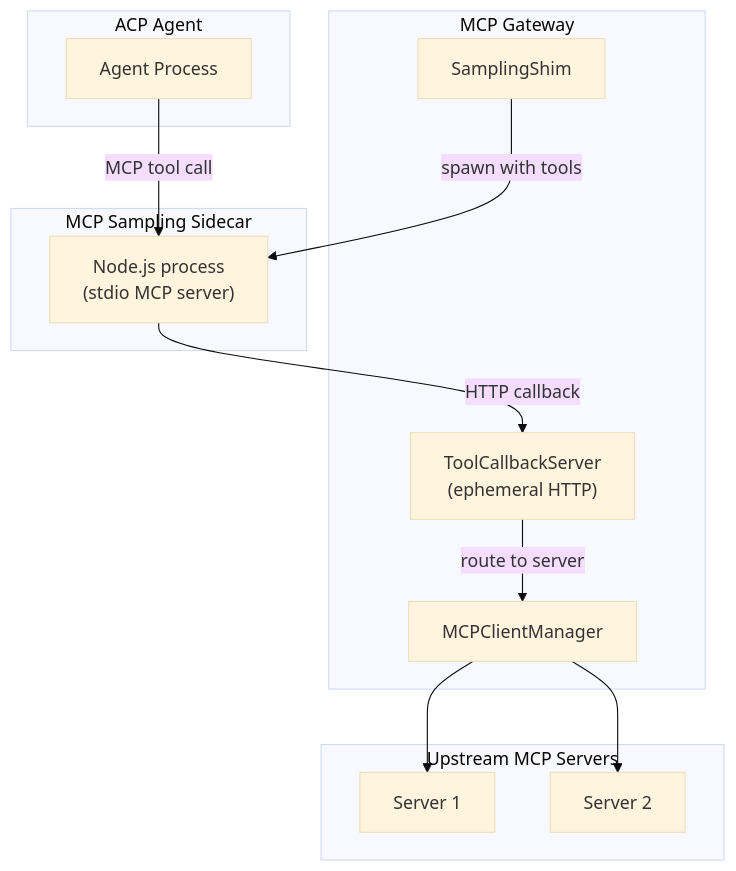
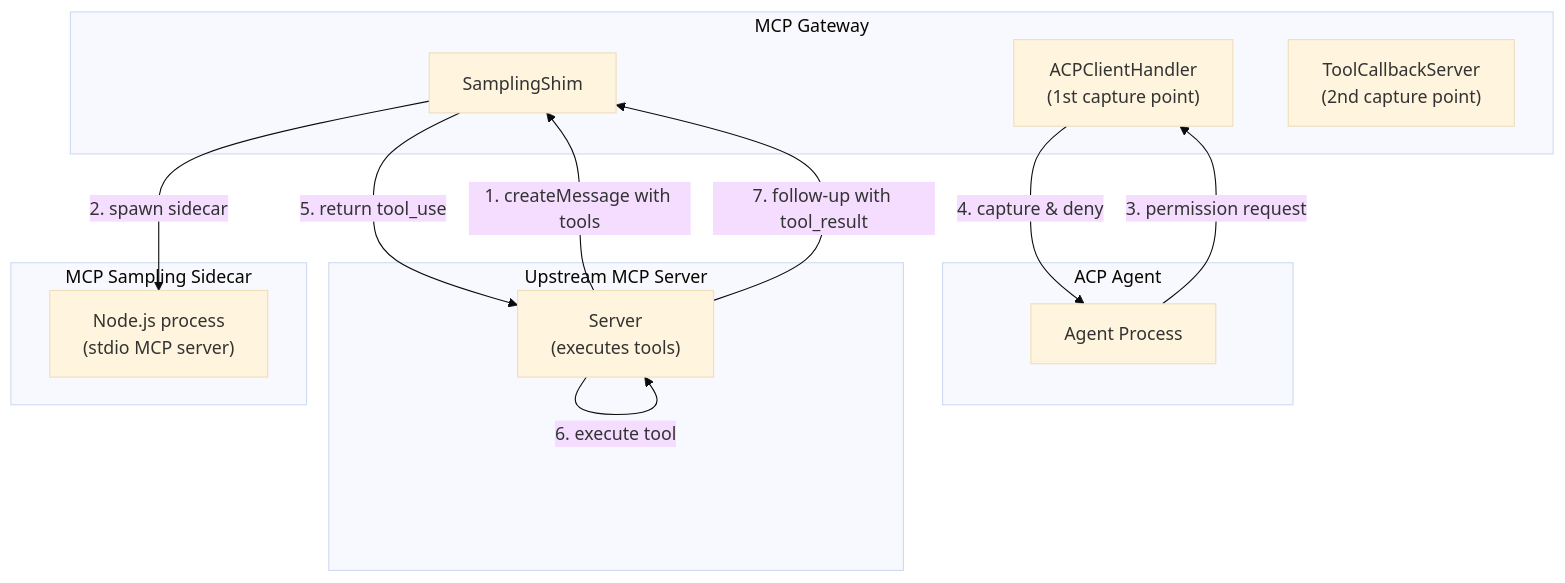
The eighth of 9 diagrams in docs/design/sampling.md (karashiiro/my-cool-proxy), drawn with Mermaid (base theme) before and after one commit. The commit also changed other lines of this file and 12 other files, not shown here.

````diff
--- a/docs/design/sampling.md
+++ b/docs/design/sampling.md
@@ -282,28 +294,28 @@
 ```mermaid
 flowchart TB
     subgraph Gateway["MCP Gateway"]
         Shim["SamplingShim"]
-        Callback["ToolCallbackServer<br/>(ephemeral HTTP)"]
-        ClientMgr["MCPClientManager"]
+        Handler["ACPClientHandler<br/>(1st capture point)"]
+        Callback["ToolCallbackServer<br/>(2nd capture point)"]
     end
 
     subgraph Sidecar["MCP Sampling Sidecar"]
         SidecarProc["Node.js process<br/>(stdio MCP server)"]
     end
 
     subgraph Agent["ACP Agent"]
         AgentProc["Agent Process"]
     end
 
-    subgraph Upstream["Upstream MCP Servers"]
-        Server1["Server 1"]
-        Server2["Server 2"]
+    subgraph Upstream["Upstream MCP Server"]
+        Server["Server<br/>(executes tools)"]
     end
 
-    Shim -->|"spawn with tools"| SidecarProc
-    AgentProc -->|"MCP tool call"| SidecarProc
-    SidecarProc -->|"HTTP callback"| Callback
-    Callback -->|"route to server"| ClientMgr
-    ClientMgr --> Server1
-    ClientMgr --> Server2
+    Server -->|"1. createMessage with tools"| Shim
+    Shim -->|"2. spawn sidecar"| SidecarProc
+    AgentProc -->|"3. permission request"| Handler
+    Handler -->|"4. capture & deny"| AgentProc
+    Shim -->|"5. return tool_use"| Server
+    Server -->|"6. execute tool"| Server
+    Server -->|"7. follow-up with tool_result"| Shim
 ```
````
